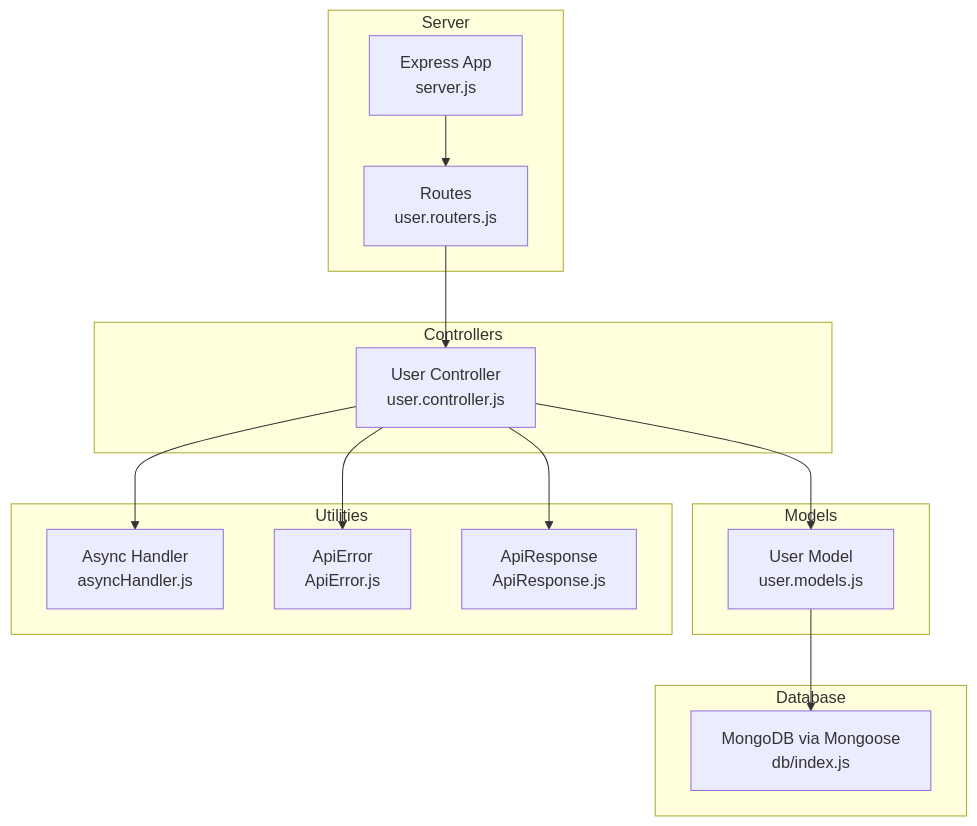
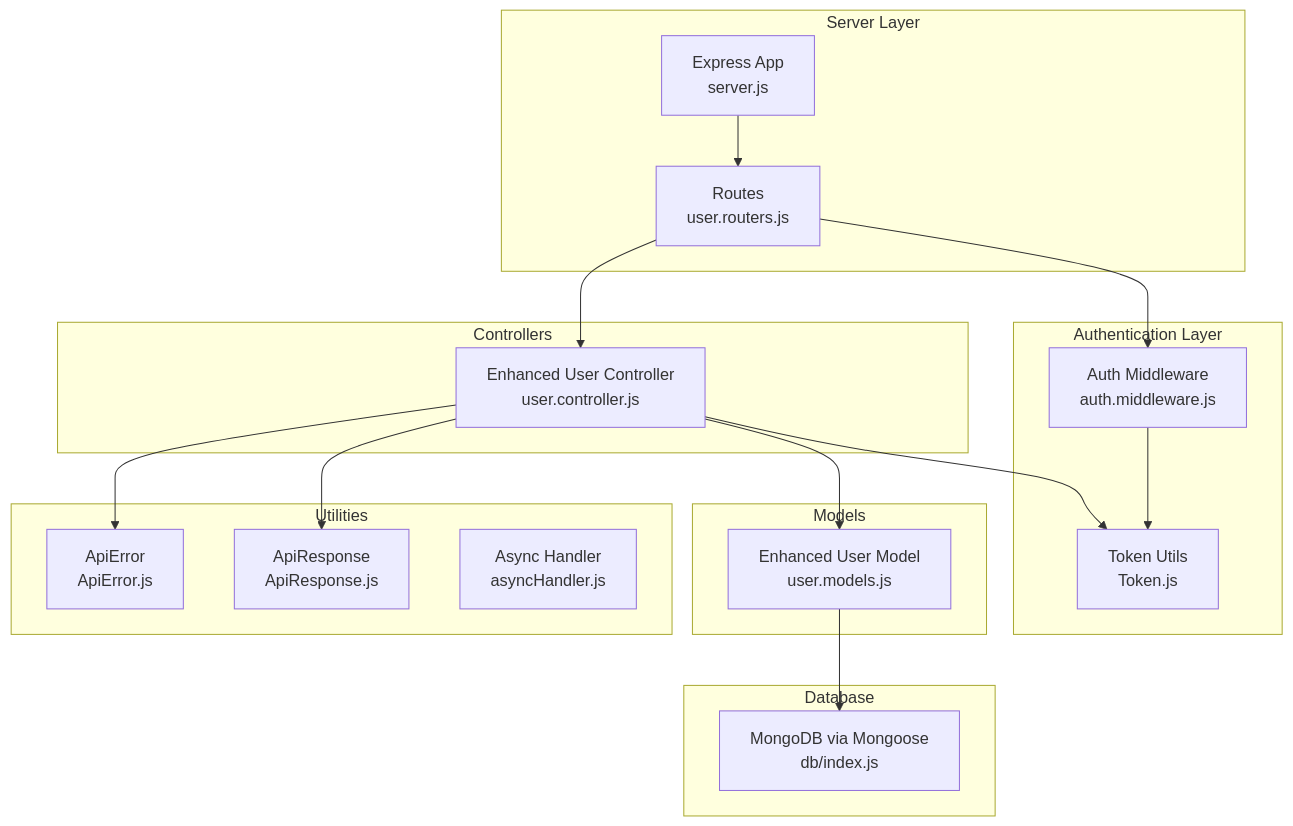
Before and after one commit to Aryan9060/Timetable-Project: the first of 8 diagrams in .qoder/repowiki/en/content/Authentication & Authorization/Backend Authentication Controller.md, drawn with Mermaid. The commit also changed other lines of this file and 21 other files, not shown here.

First line of the commit message:
feat(auth): implement comprehensive JWT-based authentication system

````diff
--- a/.qoder/repowiki/en/content/Authentication & Authorization/Backend Authentication Controller.md
+++ b/.qoder/repowiki/en/content/Authentication & Authorization/Backend Authentication Controller.md
@@ -33,28 +45,34 @@
 ```mermaid
 graph TB
-subgraph "Server"
+subgraph "Server Layer"
 S["Express App<br/>server.js"]
 R["Routes<br/>user.routers.js"]
 end
+subgraph "Authentication Layer"
+AM["Auth Middleware<br/>auth.middleware.js"]
+TK["Token Utils<br/>Token.js"]
+end
 subgraph "Controllers"
-C["User Controller<br/>user.controller.js"]
+C["Enhanced User Controller<br/>user.controller.js"]
 end
 subgraph "Models"
-M["User Model<br/>user.models.js"]
+M["Enhanced User Model<br/>user.models.js"]
 end
 subgraph "Utilities"
-EH["Async Handler<br/>asyncHandler.js"]
 AE["ApiError<br/>ApiError.js"]
 AR["ApiResponse<br/>ApiResponse.js"]
+AH["Async Handler<br/>asyncHandler.js"]
 end
 subgraph "Database"
 DB["MongoDB via Mongoose<br/>db/index.js"]
 end
 S --> R
+R --> AM
+AM --> TK
 R --> C
 C --> M
-C --> EH
 C --> AE
 C --> AR
+C --> TK
 M --> DB
 ```
````
